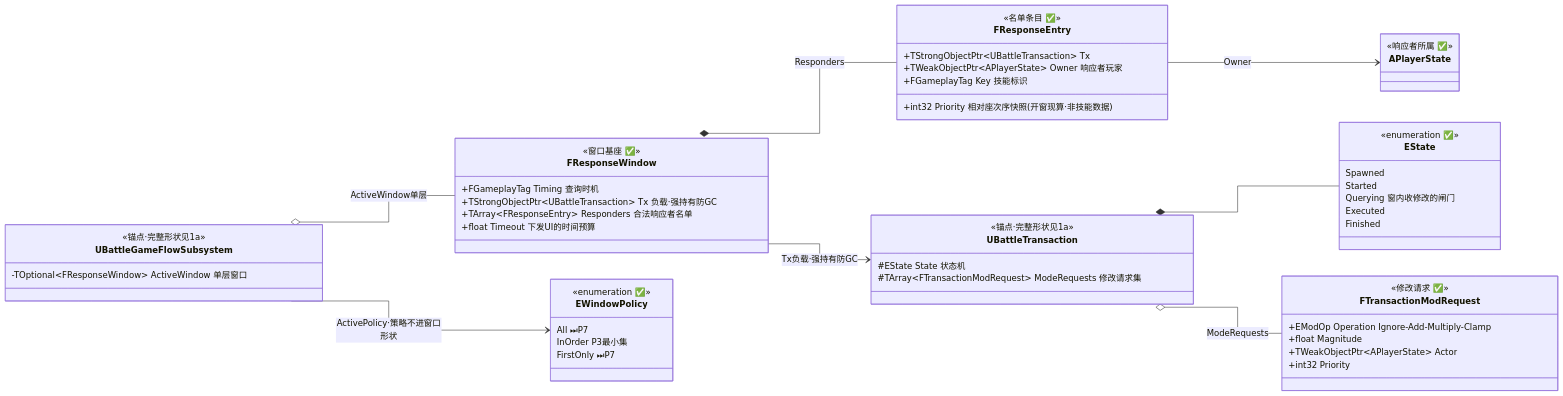
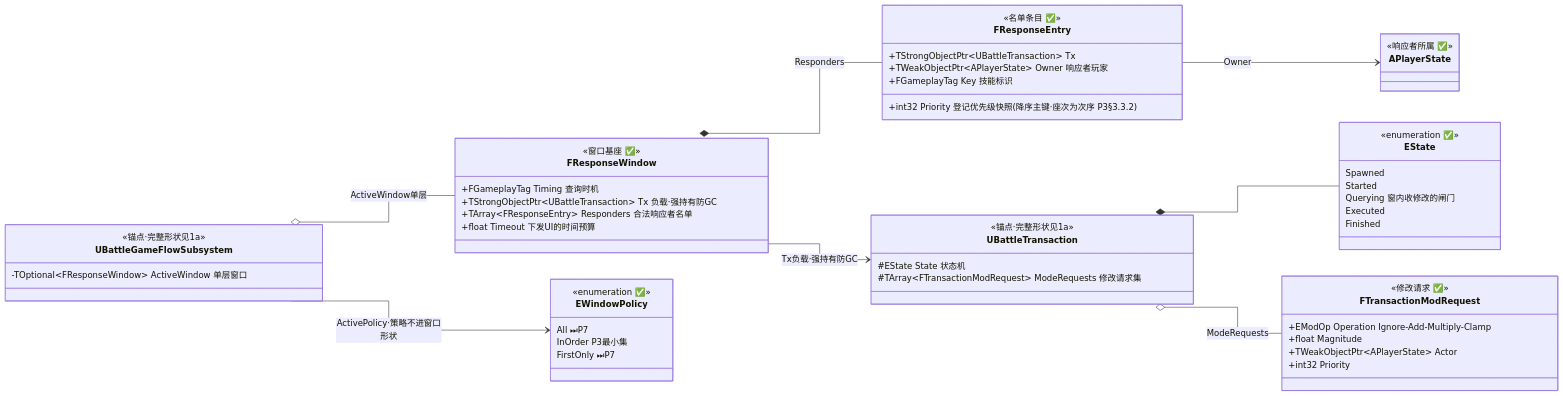
One commit to Fyammetta/ArkWars changed the second of 6 diagrams in Docs/02-阶段性任务/P3-架构图集.md. Above: the diagram before and after it, drawn with Mermaid. The commit also changed other lines of this file and 14 other files, not shown here.

````diff
--- a/Docs/02-阶段性任务/P3-架构图集.md
+++ b/Docs/02-阶段性任务/P3-架构图集.md
@@ -112,68 +118,68 @@
 ```mermaid
 %%{init: {"flowchart": {"curve": "stepAfter"}}}%%
 classDiagram
     direction LR
 
     class UBattleGameFlowSubsystem {
         <<锚点·完整形状见1a>>
         -TOptional~FResponseWindow~ ActiveWindow 单层窗口
     }
 
     class UBattleTransaction {
         <<锚点·完整形状见1a>>
         #EState State 状态机
         #TArray~FTransactionModRequest~ ModeRequests 修改请求集
     }
 
     class FResponseWindow {
         <<窗口基座 ✅>>
         +FGameplayTag Timing 查询时机
         +TStrongObjectPtr~UBattleTransaction~ Tx 负载·强持有防GC
         +TArray~FResponseEntry~ Responders 合法响应者名单
         +float Timeout 下发UI的时间预算
     }
 
     class FResponseEntry {
         <<名单条目 ✅>>
         +TStrongObjectPtr~UBattleTransaction~ Tx
-        +int32 Priority 相对座次序快照(开窗现算·非技能数据)
+        +int32 Priority 登记优先级快照(降序主键·座次为次序 P3§3.3.2)
         +TWeakObjectPtr~APlayerState~ Owner 响应者玩家
         +FGameplayTag Key 技能标识
     }
 
     class FTransactionModRequest {
         <<修改请求 ✅>>
         +EModOp Operation Ignore-Add-Multiply-Clamp
         +float Magnitude
         +TWeakObjectPtr~APlayerState~ Actor
         +int32 Priority
     }
 
     class EWindowPolicy {
         <<enumeration ✅>>
         All ⏭P7
         InOrder P3最小集
         FirstOnly ⏭P7
     }
 
     class EState {
         <<enumeration ✅>>
         Spawned
         Started
         Querying 窗内收修改的闸门
         Executed
         Finished
     }
 
     class APlayerState {
         <<响应者所属 ✅>>
     }
 
     UBattleGameFlowSubsystem o-- FResponseWindow : ActiveWindow单层
     UBattleGameFlowSubsystem --> EWindowPolicy : ActivePolicy·策略不进窗口形状
     FResponseWindow *-- FResponseEntry : Responders
     FResponseWindow --> UBattleTransaction : Tx负载·强持有防GC
     FResponseEntry --> APlayerState : Owner
     UBattleTransaction *-- EState
     UBattleTransaction o-- FTransactionModRequest : ModeRequests
 ```
````
